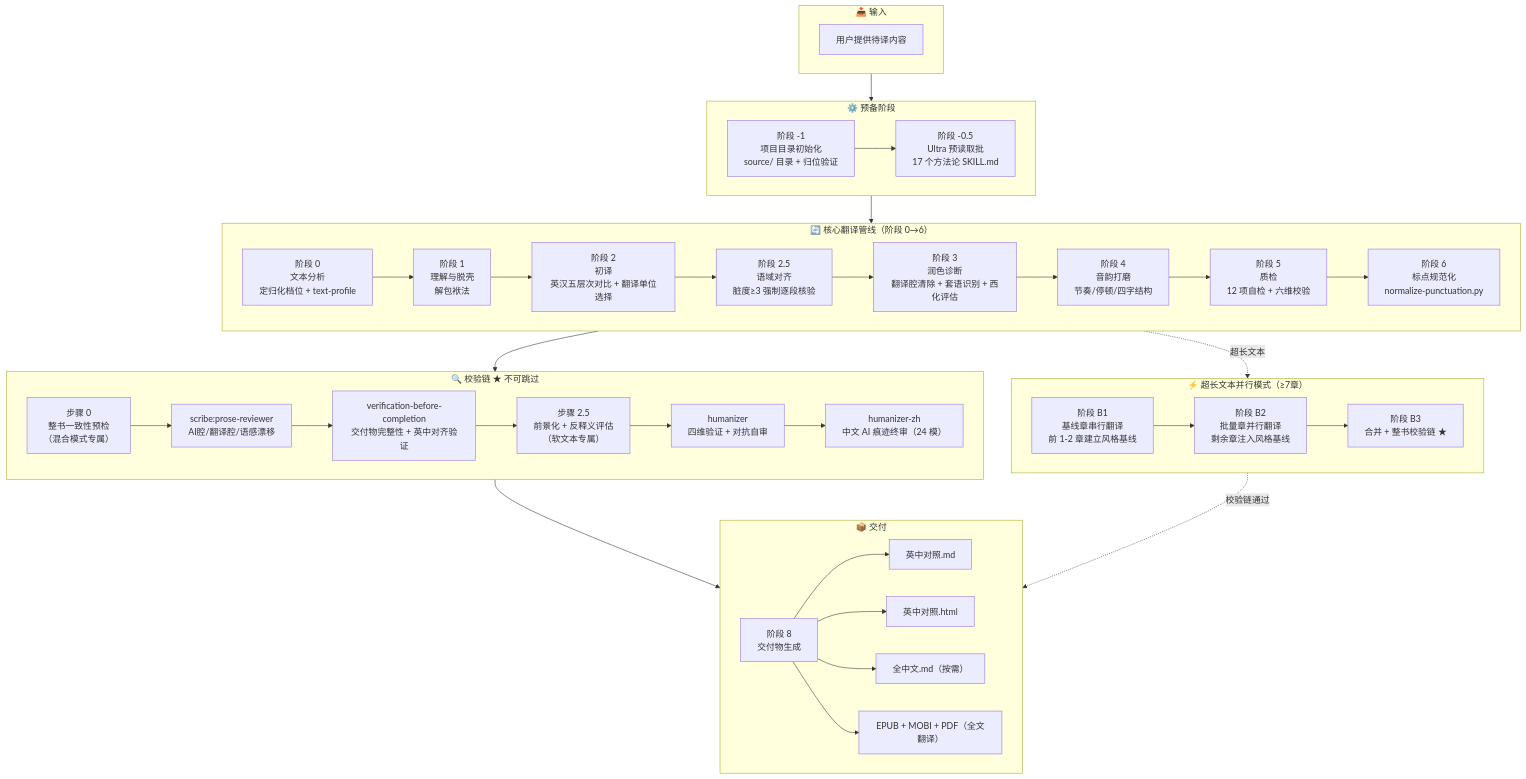
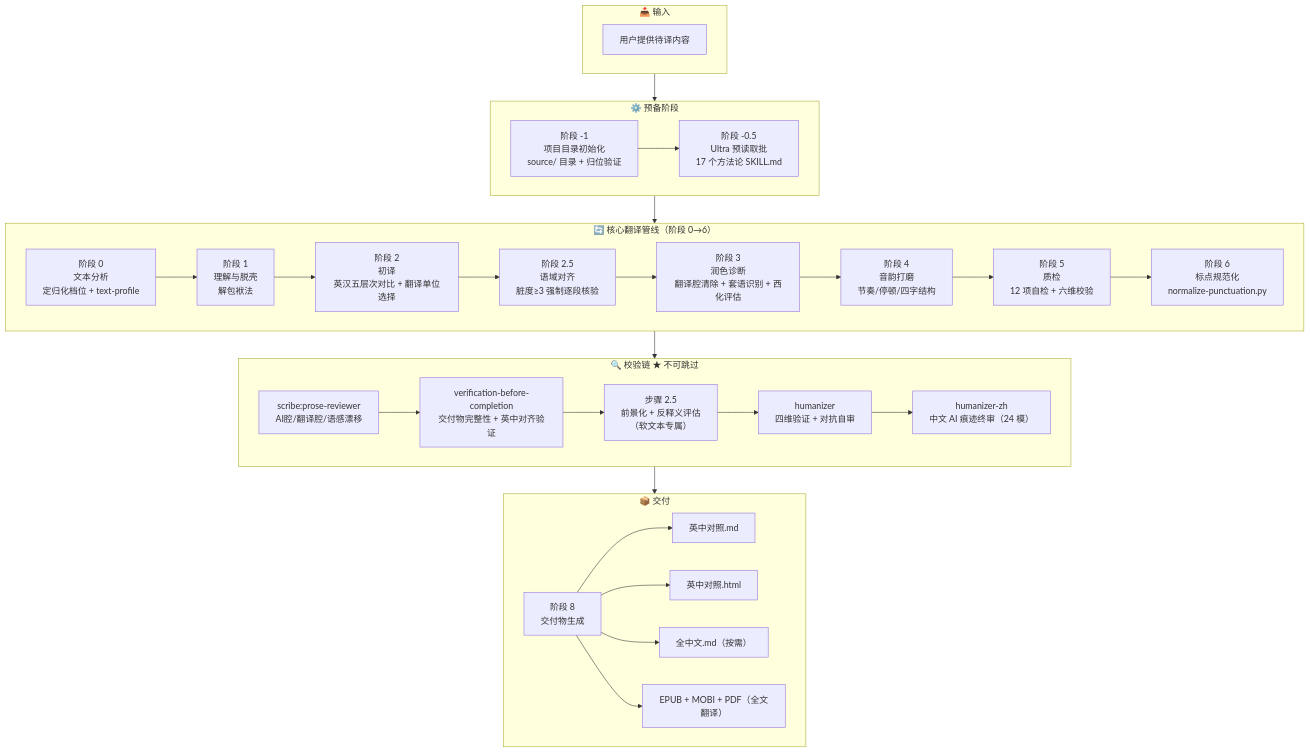
One commit to 3060226349kk-cmd/en-zh-max changed the diagram in ultra/WORKFLOW.md. Above: the diagram before and after it, drawn with Mermaid. The commit also changed other lines of this file and 6 other files, not shown here.

````diff
--- a/ultra/WORKFLOW.md
+++ b/ultra/WORKFLOW.md
@@ -5,64 +5,53 @@
 ```mermaid
 flowchart TB
     subgraph INPUT["📥 输入"]
         A1["用户提供待译内容"]
     end
 
     subgraph PREP["⚙️ 预备阶段"]
         B1["阶段 -1<br/>项目目录初始化<br/>source/ 目录 + 归位验证"]
         B2["阶段 -0.5<br/>Ultra 预读取批<br/>17 个方法论 SKILL.md"]
         B1 --> B2
     end
 
     subgraph CORE["🔄 核心翻译管线（阶段 0→6）"]
         C0["阶段 0<br/>文本分析<br/>定归化档位 + text-profile"]
         C1["阶段 1<br/>理解与脱壳<br/>解包袱法"]
         C2["阶段 2<br/>初译<br/>英汉五层次对比 + 翻译单位选择"]
         C2_5["阶段 2.5<br/>语域对齐<br/>脏度≥3 强制逐段核验"]
         C3["阶段 3<br/>润色诊断<br/>翻译腔清除 + 套语识别 + 西化评估"]
         C4["阶段 4<br/>音韵打磨<br/>节奏/停顿/四字结构"]
         C5["阶段 5<br/>质检<br/>12 项自检 + 六维校验"]
         C6["阶段 6<br/>标点规范化<br/>normalize-punctuation.py"]
         
         C0 --> C1 --> C2 --> C2_5 --> C3 --> C4 --> C5 --> C6
     end
 
     subgraph VERIFY["🔍 校验链 ★ 不可跳过"]
-        V0["步骤 0<br/>整书一致性预检<br/>（混合模式专属）"]
         V1["scribe:prose-reviewer<br/>AI腔/翻译腔/语感漂移"]
         V2["verification-before-completion<br/>交付物完整性 + 英中对齐验证"]
         V2_5["步骤 2.5<br/>前景化 + 反释义评估<br/>（软文本专属）"]
         V3["humanizer<br/>四维验证 + 对抗自审"]
         V4["humanizer-zh<br/>中文 AI 痕迹终审（24 模）"]
         
-        V0 --> V1 --> V2 --> V2_5 --> V3 --> V4
+        V1 --> V2 --> V2_5 --> V3 --> V4
     end
 
     subgraph OUTPUT["📦 交付"]
         D1["阶段 8<br/>交付物生成"]
         D2["英中对照.md"]
         D3["英中对照.html"]
         D4["全中文.md（按需）"]
         D5["EPUB + MOBI + PDF（全文翻译）"]
         
         D1 --> D2
         D1 --> D3
         D1 --> D4
         D1 --> D5
     end
 
-    subgraph PARALLEL["⚡ 超长文本并行模式（≥7章）"]
-        P1["阶段 B1<br/>基线章串行翻译<br/>前 1-2 章建立风格基线"]
-        P2["阶段 B2<br/>批量章并行翻译<br/>剩余章注入风格基线"]
-        P3["阶段 B3<br/>合并 + 整书校验链 ★"]
-        
-        P1 --> P2 --> P3
-    end
-
     INPUT --> PREP
     PREP --> CORE
     CORE --> VERIFY
     VERIFY --> OUTPUT
-    CORE -.->|超长文本| PARALLEL
-    PARALLEL -.->|校验链通过| OUTPUT
 ```
````
